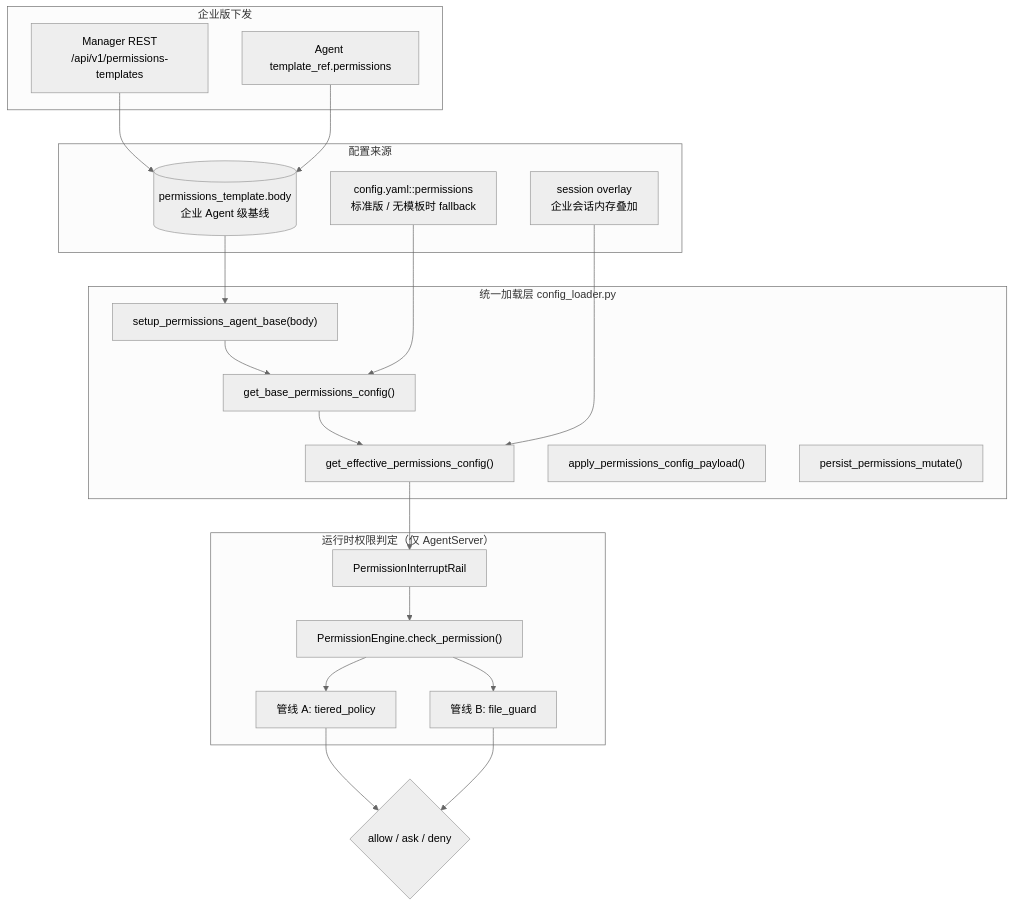
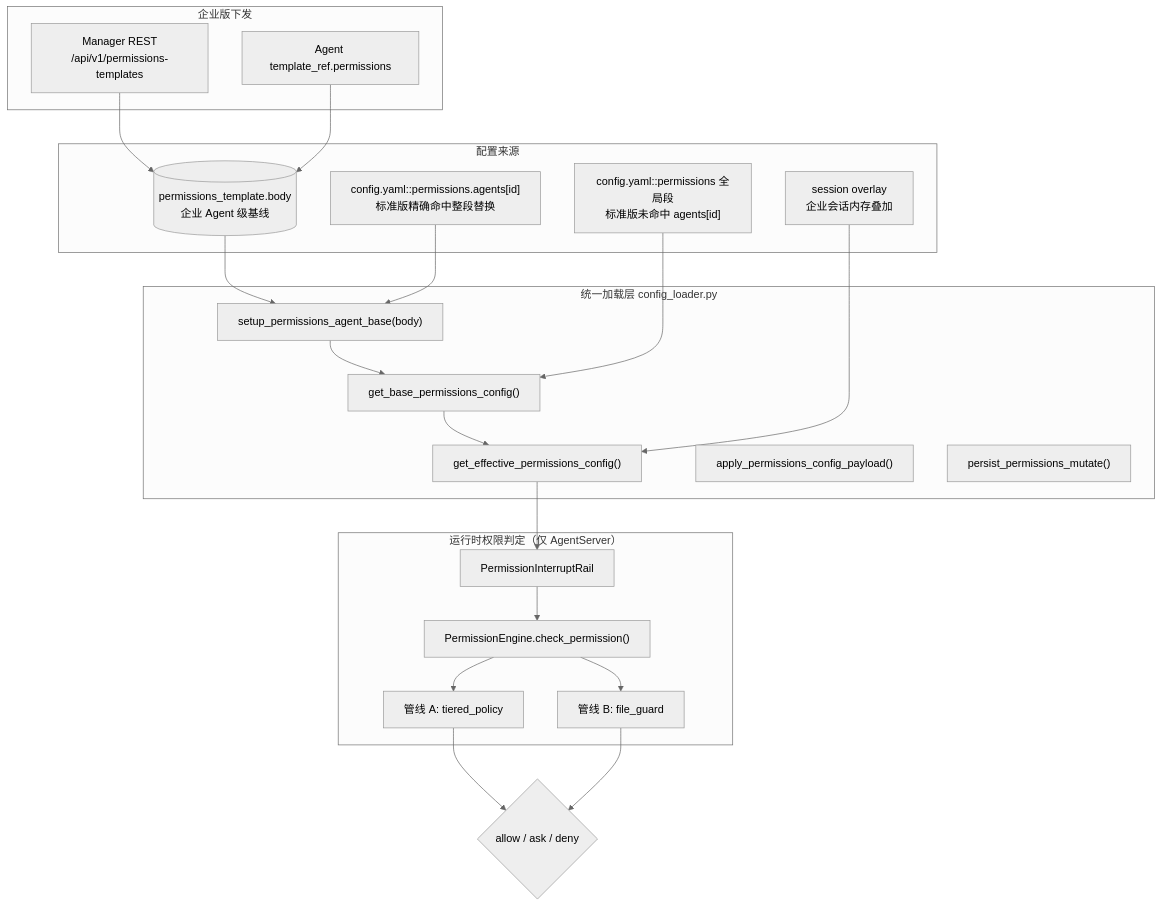
One commit to chang-enoch/jiuwenswarm changed the first of 5 diagrams in docs/zh/permissions_config_architecture.md. Above: the diagram before and after it, drawn with Mermaid (neutral theme). The commit also changed other lines of this file and 19 other files, not shown here.

````diff
--- a/docs/zh/permissions_config_architecture.md
+++ b/docs/zh/permissions_config_architecture.md
@@ -16,43 +16,45 @@
 ```mermaid
 flowchart TB
     subgraph sources [配置来源]
-        YAML["config.yaml::permissions<br/>标准版 / 无模板时 fallback"]
+        YAML["config.yaml::permissions 全局段<br/>标准版未命中 agents[id]"]
+        AGENTS["config.yaml::permissions.agents[id]<br/>标准版精确命中整段替换"]
         TPL[("permissions_template.body<br/>企业 Agent 级基线")]
         OVL["session overlay<br/>企业会话内存叠加"]
     end
 
     subgraph enterprise [企业版下发]
         MREST["Manager REST<br/>/api/v1/permissions-templates"]
         AREF["Agent template_ref.permissions"]
         MREST --> TPL
         AREF --> TPL
     end
 
     subgraph loader [统一加载层 config_loader.py]
         AGENT["setup_permissions_agent_base(body)"]
         GET["get_effective_permissions_config()"]
         BASE["get_base_permissions_config()"]
         APPLY["apply_permissions_config_payload()"]
         PERSIST["persist_permissions_mutate()"]
     end
 
     TPL --> AGENT
+    AGENTS --> AGENT
     AGENT --> BASE
     YAML --> BASE
     BASE --> GET
     OVL --> GET
 
     subgraph runtime [运行时权限判定（仅 AgentServer）]
         RAIL["PermissionInterruptRail"]
         ENGINE["PermissionEngine.check_permission()"]
         A["管线 A: tiered_policy"]
         B["管线 B: file_guard"]
     end
 
     GET --> RAIL
     RAIL --> ENGINE
     ENGINE --> A
     ENGINE --> B
     A --> DEC{"allow / ask / deny"}
     B --> DEC
 ```
````
